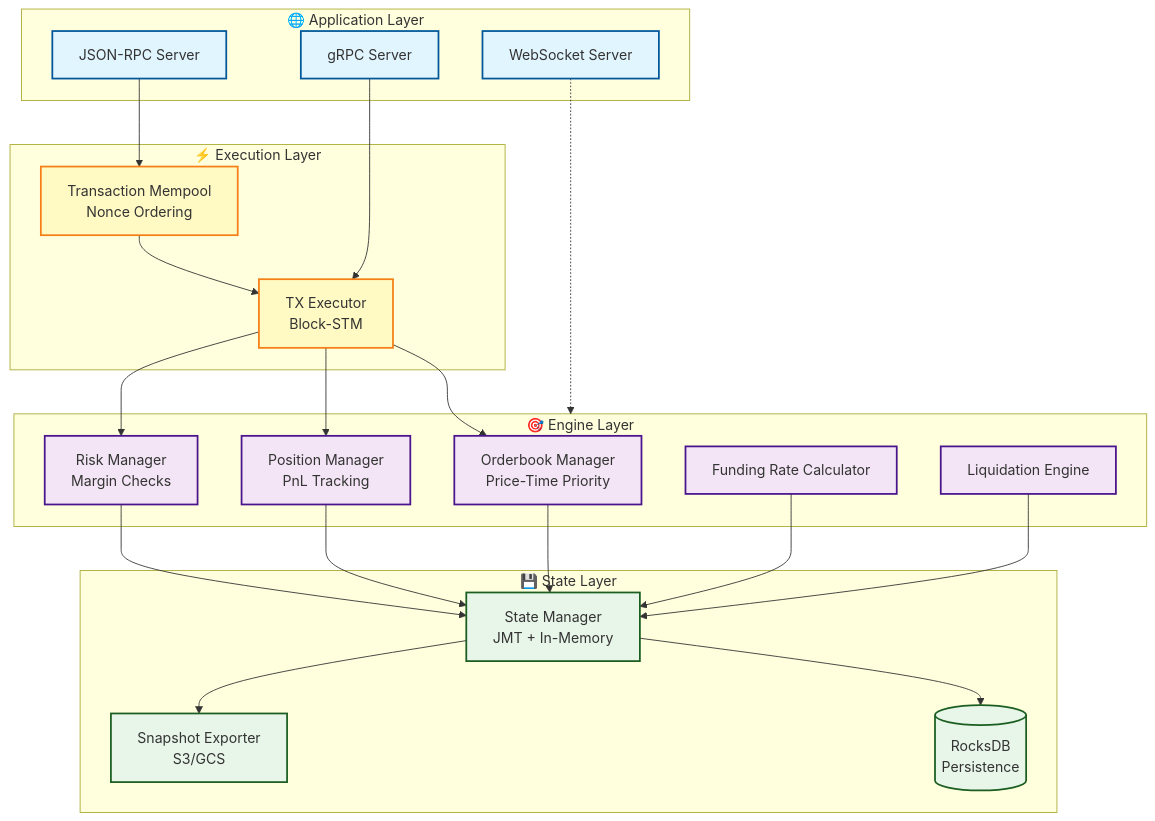
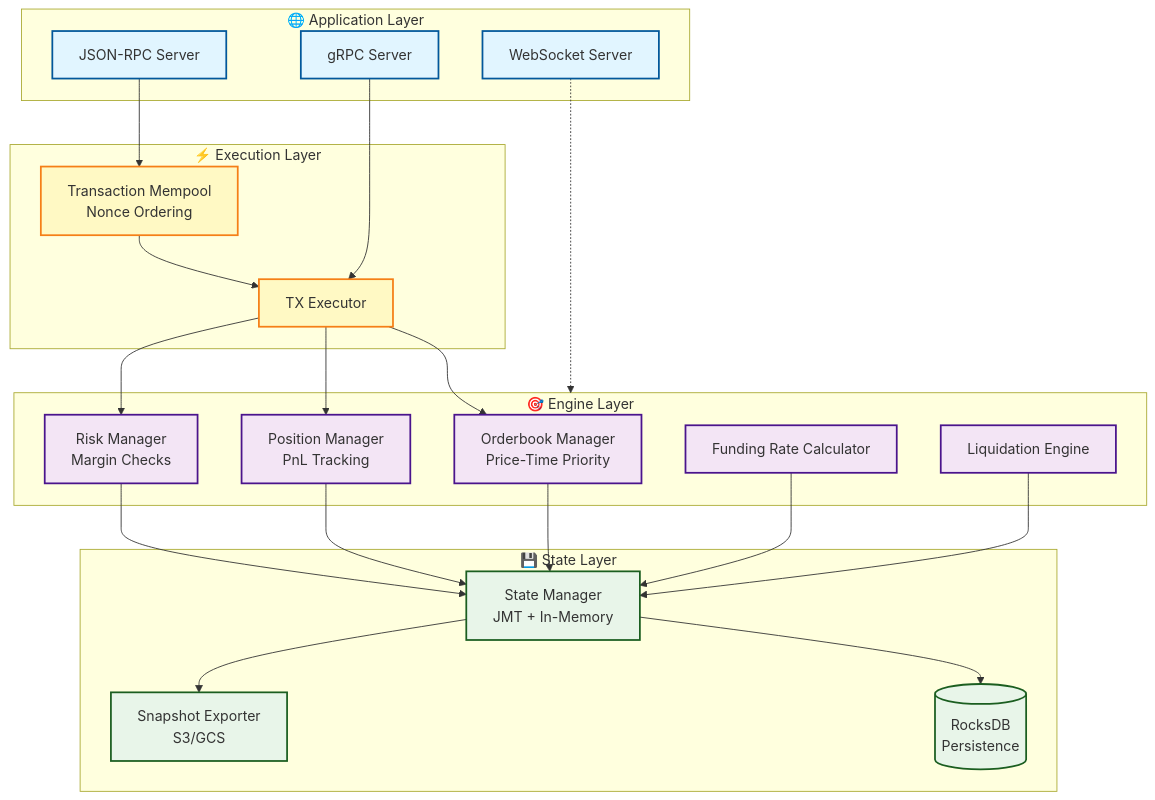
One commit to byeongsu-hong/pranklin changed the diagram in README.md. Above: the diagram before and after it, drawn with Mermaid. The commit also changed other lines of this file and 17 other files, not shown here.

````diff
--- a/README.md
+++ b/README.md
@@ -14,55 +13,55 @@
 ```mermaid
 graph TB
     subgraph Application["🌐 Application Layer"]
         RPC[JSON-RPC Server]
         GRPC[gRPC Server]
         WS[WebSocket Server]
     end
 
     subgraph Execution["⚡ Execution Layer"]
         Mempool[Transaction Mempool<br/>Nonce Ordering]
-        Executor[TX Executor<br/>Block-STM]
+        Executor[TX Executor]
     end
 
     subgraph Engine["🎯 Engine Layer"]
         Orderbook[Orderbook Manager<br/>Price-Time Priority]
         Position[Position Manager<br/>PnL Tracking]
         Risk[Risk Manager<br/>Margin Checks]
         Funding[Funding Rate Calculator]
         Liquidation[Liquidation Engine]
     end
 
     subgraph State["💾 State Layer"]
         StateManager[State Manager<br/>JMT + In-Memory]
         RocksDB[(RocksDB<br/>Persistence)]
         Snapshot[Snapshot Exporter<br/>S3/GCS]
     end
 
     RPC --> Mempool
     GRPC --> Executor
     WS -.-> Engine
 
     Mempool --> Executor
     Executor --> Orderbook
     Executor --> Position
     Executor --> Risk
 
     Orderbook --> StateManager
     Position --> StateManager
     Risk --> StateManager
     Funding --> StateManager
     Liquidation --> StateManager
 
     StateManager --> RocksDB
     StateManager --> Snapshot
 
     classDef appLayer fill:#e1f5ff,stroke:#01579b,stroke-width:2px
     classDef execLayer fill:#fff9c4,stroke:#f57f17,stroke-width:2px
     classDef engineLayer fill:#f3e5f5,stroke:#4a148c,stroke-width:2px
     classDef stateLayer fill:#e8f5e9,stroke:#1b5e20,stroke-width:2px
 
     class RPC,GRPC,WS appLayer
     class Mempool,Executor execLayer
     class Orderbook,Position,Risk,Funding,Liquidation engineLayer
     class StateManager,RocksDB,Snapshot stateLayer
 ```
````
